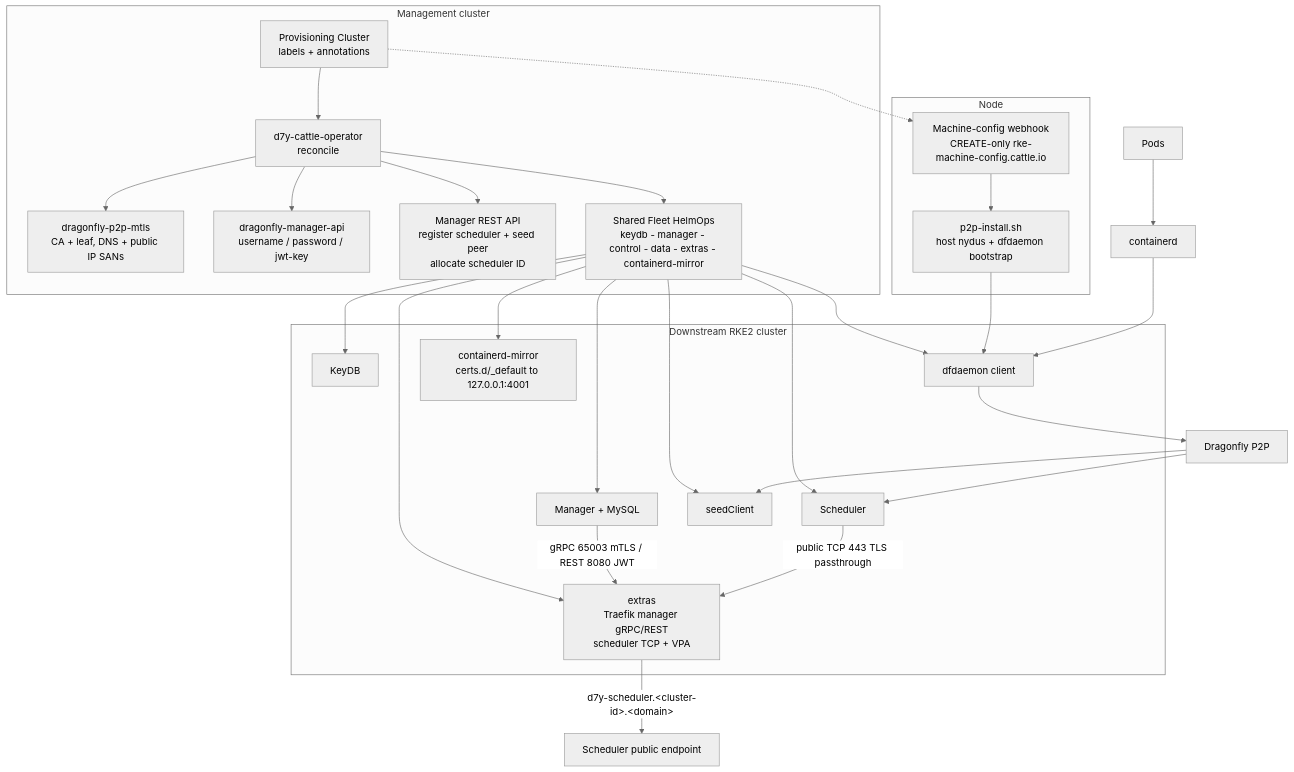
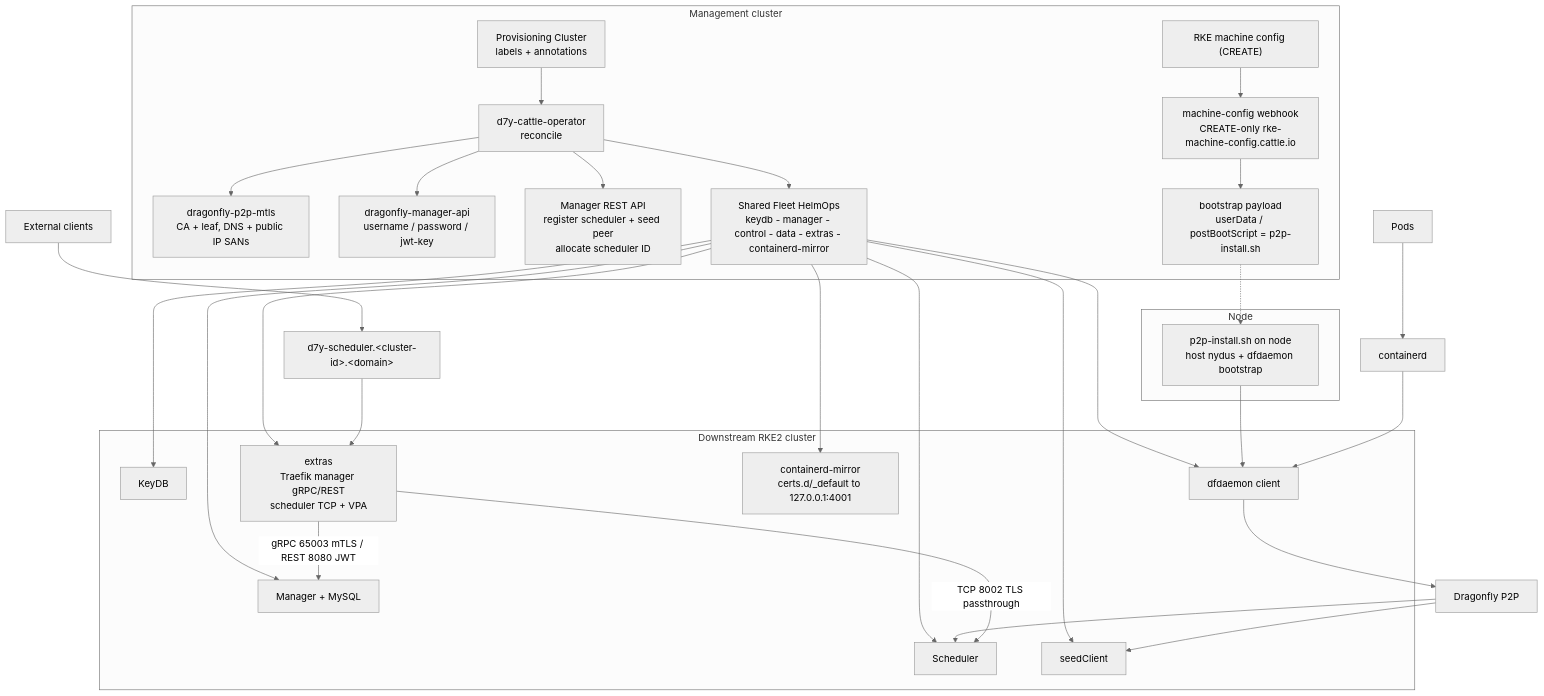
The diagram in README.md (gorizond/d7y-cattle-operator), drawn with Mermaid (neutral theme) before and after one commit.

Commit message:
docs: correct README architecture diagram
Move the machine-config webhook into the management cluster and show the node consuming its bootstrap payload. Reverse Traefik traffic so extras fronts manager and scheduler; external clients enter through the public scheduler endpoint.

````diff
--- a/README.md
+++ b/README.md
@@ -59,30 +59,30 @@
 ```mermaid
 flowchart TB
   subgraph MGMT["Management cluster"]
     C["Provisioning Cluster<br/>labels + annotations"] --> O["d7y-cattle-operator<br/>reconcile"]
     O --> TLS["dragonfly-p2p-mtls<br/>CA + leaf, DNS + public IP SANs"]
     O --> CRED["dragonfly-manager-api<br/>username / password / jwt-key"]
     O --> REG["Manager REST API<br/>register scheduler + seed peer<br/>allocate scheduler ID"]
     O --> HELM["Shared Fleet HelmOps<br/>keydb - manager - control - data - extras - containerd-mirror"]
+    MC["RKE machine config (CREATE)"] --> W["machine-config webhook<br/>CREATE-only rke-machine-config.cattle.io"] --> PAY["bootstrap payload<br/>userData / postBootScript = p2p-install.sh"]
   end
   subgraph DOWN["Downstream RKE2 cluster"]
     HELM --> K["KeyDB"]
     HELM --> MGR["Manager + MySQL"]
     HELM --> SCH["Scheduler"]
     HELM --> SC["seedClient"]
     HELM --> CL["dfdaemon client"]
     HELM --> EX["extras<br/>Traefik manager gRPC/REST<br/>scheduler TCP + VPA"]
     HELM --> CM["containerd-mirror<br/>certs.d/_default to 127.0.0.1:4001"]
   end
   subgraph NODE["Node"]
-    W["Machine-config webhook<br/>CREATE-only rke-machine-config.cattle.io"] --> P["p2p-install.sh<br/>host nydus + dfdaemon bootstrap"]
+    PAY -.-> P["p2p-install.sh on node<br/>host nydus + dfdaemon bootstrap"]
   end
-  C -.-> W
   P --> CL
   PODS["Pods"] --> CTD["containerd"] --> CL
   CL --> P2P["Dragonfly P2P"] --> SCH
   P2P --> SC
-  MGR -->|"gRPC 65003 mTLS / REST 8080 JWT"| EX
-  SCH -->|"public TCP 443 TLS passthrough"| EX
-  EX -->|"d7y-scheduler.&lt;cluster-id&gt;.&lt;domain&gt;"| PUB["Scheduler public endpoint"]
+  EX -->|"gRPC 65003 mTLS / REST 8080 JWT"| MGR
+  EX -->|"TCP 8002 TLS passthrough"| SCH
+  CLIENT["External clients"] --> PUB["d7y-scheduler.&lt;cluster-id&gt;.&lt;domain&gt;"] --> EX
 ```
````
